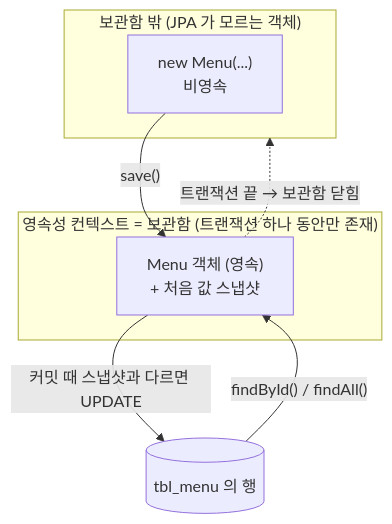
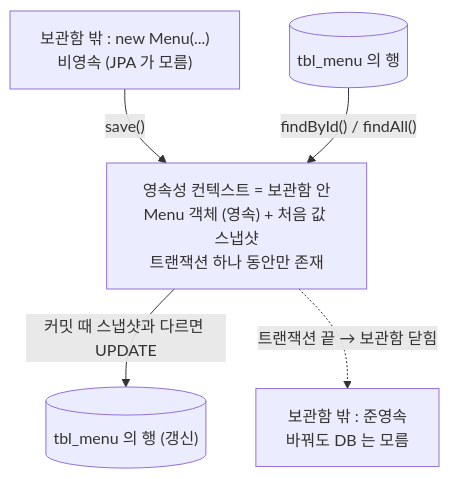
Diagram 13 of 17 in 00_Note/261104_SpringBoot_RESTAPI.md (yunyongs/slx-ai-campus), drawn with Mermaid before and after one commit. The commit also changed other lines of this file and 53 other files, not shown here.

````diff
--- a/00_Note/261104_SpringBoot_RESTAPI.md
+++ b/00_Note/261104_SpringBoot_RESTAPI.md
@@ -677,14 +702,9 @@
 ```mermaid
 flowchart TD
-    subgraph OUT["보관함 밖 (JPA 가 모르는 객체)"]
-        N["new Menu(...)<br/>비영속"]
-    end
-    subgraph PC["영속성 컨텍스트 = 보관함 (트랜잭션 하나 동안만 존재)"]
-        M["Menu 객체 (영속)<br/>+ 처음 값 스냅샷"]
-    end
+    N["보관함 밖 : new Menu(...)<br/>비영속 (JPA 가 모름)"]
     DB[("tbl_menu 의 행")]
-    N -->|"save()"| M
+    N -->|"save()"| M["영속성 컨텍스트 = 보관함 안<br/>Menu 객체 (영속) + 처음 값 스냅샷<br/>트랜잭션 하나 동안만 존재"]
     DB -->|"findById() / findAll()"| M
-    M -->|"커밋 때 스냅샷과 다르면 UPDATE"| DB
-    M -.->|"트랜잭션 끝 → 보관함 닫힘"| OUT
+    M -->|"커밋 때 스냅샷과 다르면 UPDATE"| DB2[("tbl_menu 의 행 (갱신)")]
+    M -.->|"트랜잭션 끝 → 보관함 닫힘"| D["보관함 밖 : 준영속<br/>바꿔도 DB 는 모름"]
 ```
````
